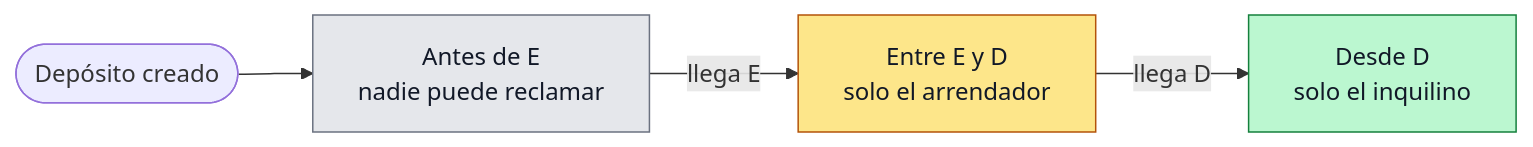
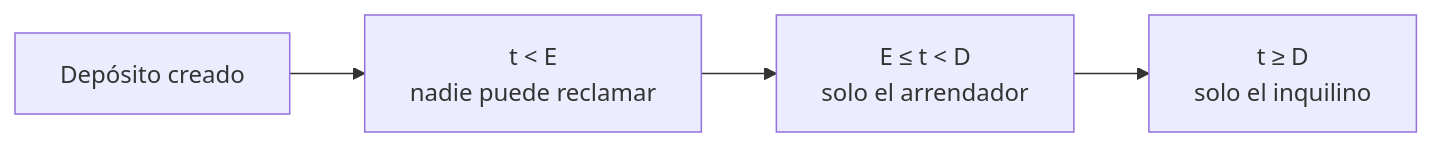
One commit to Oppia-Software-Labs/Pura-Vida-Bootcamp-1 changed the diagram in Roney Ruiz/context/approach.md. Above: the diagram before and after it, drawn with Mermaid. The commit also changed 1 other file, not shown here.

Commit message:
docs: add plazo readme and simplify diagram
Replaces the bootcamp instructions readme; the approach diagram now matches the style of structure.md.

````diff
--- a/Roney Ruiz/context/approach.md
+++ b/Roney Ruiz/context/approach.md
@@ -45,13 +45,6 @@
 ```mermaid
 flowchart LR
-    A(["Depósito creado"]) --> B["Antes de E<br/>nadie puede reclamar"]
-    B -->|"llega E"| C["Entre E y D<br/>solo el arrendador"]
-    C -->|"llega D"| D["Desde D<br/>solo el inquilino"]
-
-    classDef wait fill:#e5e7eb,stroke:#6b7280,color:#111827
-    classDef landlord fill:#fde68a,stroke:#b45309,color:#111827
-    classDef tenant fill:#bbf7d0,stroke:#15803d,color:#111827
-    class B wait
-    class C landlord
-    class D tenant
+    A["Depósito creado"] --> B["t &lt; E<br/>nadie puede reclamar"]
+    B --> C["E ≤ t &lt; D<br/>solo el arrendador"]
+    C --> D["t ≥ D<br/>solo el inquilino"]
 ```
````
